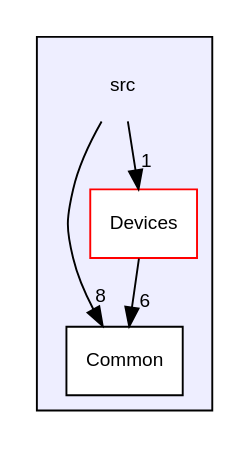
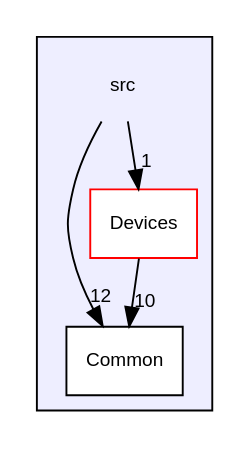
One commit to FPGA-Research-Manchester/byteman changed the diagram in dir_68267d1309a1af8e8297ef4c3efbcdba_dep.dot. Above: the diagram before and after it, drawn with Graphviz. The commit also changed 153 other files, not shown here.

```diff
--- a/dir_68267d1309a1af8e8297ef4c3efbcdba_dep.dot
+++ b/dir_68267d1309a1af8e8297ef4c3efbcdba_dep.dot
@@ -1,14 +1,14 @@
 digraph "src" {
   compound=true
   node [ fontsize="10", fontname="Helvetica"];
   edge [ labelfontsize="10", labelfontname="Helvetica"];
   subgraph clusterdir_68267d1309a1af8e8297ef4c3efbcdba {
     graph [ bgcolor="#eeeeff", pencolor="black", label="" URL="dir_68267d1309a1af8e8297ef4c3efbcdba.html"];
     dir_68267d1309a1af8e8297ef4c3efbcdba [shape=plaintext label="src"];
     dir_ba210d1fa67db7bee1bb22e0a3c11d9f [shape=box label="Common" color="black" fillcolor="white" style="filled" URL="dir_ba210d1fa67db7bee1bb22e0a3c11d9f.html"];
     dir_27b17494125eb78195473abe004504ab [shape=box label="Devices" color="red" fillcolor="white" style="filled" URL="dir_27b17494125eb78195473abe004504ab.html"];
   }
-  dir_68267d1309a1af8e8297ef4c3efbcdba->dir_ba210d1fa67db7bee1bb22e0a3c11d9f [headlabel="8", labeldistance=1.5 headhref="dir_000000_000001.html"];
+  dir_68267d1309a1af8e8297ef4c3efbcdba->dir_ba210d1fa67db7bee1bb22e0a3c11d9f [headlabel="12", labeldistance=1.5 headhref="dir_000000_000001.html"];
   dir_68267d1309a1af8e8297ef4c3efbcdba->dir_27b17494125eb78195473abe004504ab [headlabel="1", labeldistance=1.5 headhref="dir_000000_000002.html"];
-  dir_27b17494125eb78195473abe004504ab->dir_ba210d1fa67db7bee1bb22e0a3c11d9f [headlabel="6", labeldistance=1.5 headhref="dir_000002_000001.html"];
+  dir_27b17494125eb78195473abe004504ab->dir_ba210d1fa67db7bee1bb22e0a3c11d9f [headlabel="10", labeldistance=1.5 headhref="dir_000002_000001.html"];
 }
```
